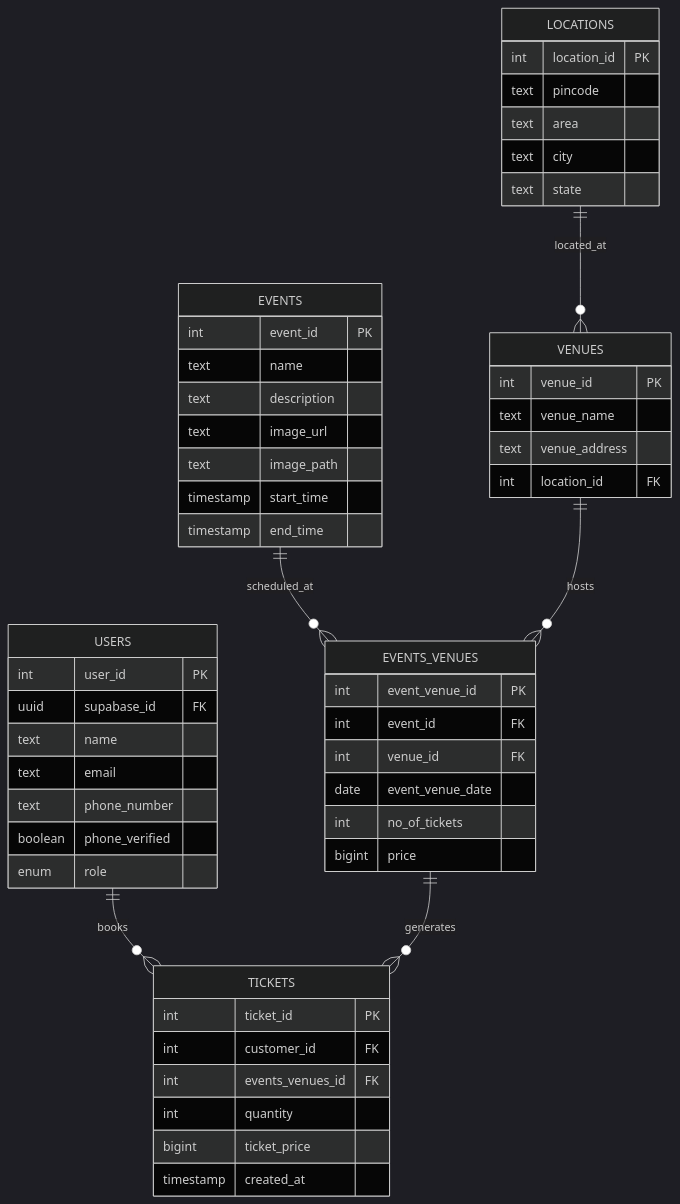
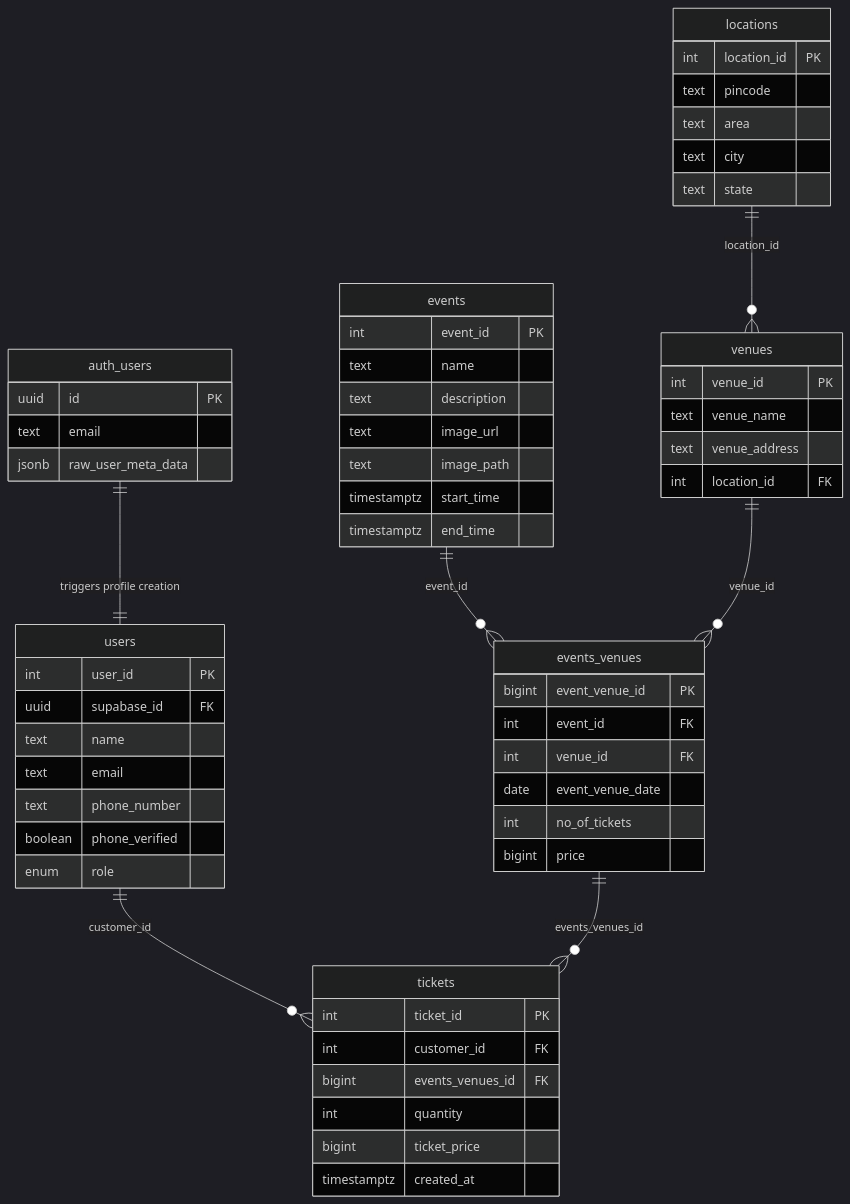
One commit to jaipkapoor99/bookify changed the second of 2 diagrams in README.md. Above: the diagram before and after it, drawn with Mermaid (dark theme). The commit also changed other lines of this file and 31 other files, not shown here.

````diff
--- a/README.md
+++ b/README.md
@@ -276,61 +125,68 @@
 ```mermaid
 erDiagram
-    USERS {
+    auth_users {
+        uuid id PK
+        text email
+        jsonb raw_user_meta_data
+    }
+
+    users {
         int user_id PK
         uuid supabase_id FK
         text name
         text email
         text phone_number
         boolean phone_verified
         enum role
     }
 
-    EVENTS {
+    events {
         int event_id PK
         text name
         text description
         text image_url
         text image_path
-        timestamp start_time
-        timestamp end_time
+        timestamptz start_time
+        timestamptz end_time
     }
 
-    VENUES {
+    venues {
         int venue_id PK
         text venue_name
         text venue_address
         int location_id FK
     }
 
-    EVENTS_VENUES {
-        int event_venue_id PK
+    events_venues {
+        bigint event_venue_id PK
         int event_id FK
         int venue_id FK
         date event_venue_date
         int no_of_tickets
         bigint price
     }
 
-    TICKETS {
+    tickets {
         int ticket_id PK
         int customer_id FK
-        int events_venues_id FK
+        bigint events_venues_id FK
         int quantity
         bigint ticket_price
-        timestamp created_at
+        timestamptz created_at
     }
 
-    LOCATIONS {
+    locations {
         int location_id PK
         text pincode
         text area
         text city
         text state
     }
 
-    USERS ||--o{ TICKETS : "books"
-    EVENTS ||--o{ EVENTS_VENUES : "scheduled_at"
-    VENUES ||--o{ EVENTS_VENUES : "hosts"
-    EVENTS_VENUES ||--o{ TICKETS : "generates"
-    LOCATIONS ||--o{ VENUES : "located_at"
+    auth_users ||--|| users : "triggers profile creation"
+    users ||--o{ tickets : "customer_id"
+    events ||--o{ events_venues : "event_id"
+    venues ||--o{ events_venues : "venue_id"
+    events_venues ||--o{ tickets : "events_venues_id"
+    locations ||--o{ venues : "location_id"
 ```
````
